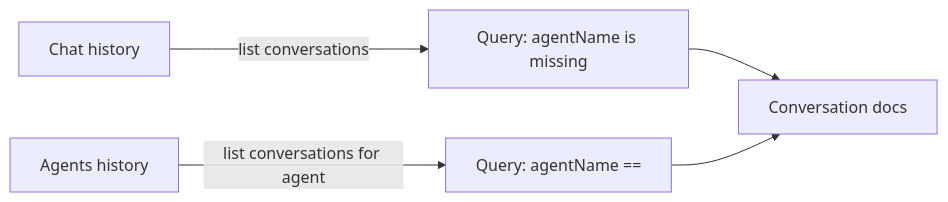
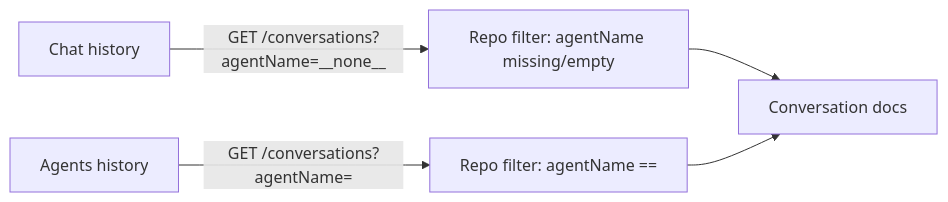
One commit to Chargeuk/codeInfo2 changed the first of 26 diagrams in design.md. Above: the diagram before and after it, drawn with Mermaid. The commit also changed 7 other files, not shown here.

````diff
--- a/design.md
+++ b/design.md
@@ -41,7 +41,7 @@
 ```mermaid
 flowchart LR
-  Chat[Chat history] -->|list conversations| Q1[Query: agentName is missing]
-  Agents[Agents history] -->|list conversations for agent| Q2[Query: agentName == <agentName>]
+  Chat[Chat history] -->|GET /conversations?agentName=__none__| Q1[Repo filter: agentName missing/empty]
+  Agents[Agents history] -->|GET /conversations?agentName=<agentName>| Q2[Repo filter: agentName == <agentName>]
   Q1 --> Conv[Conversation docs]
   Q2 --> Conv
 ```
````
